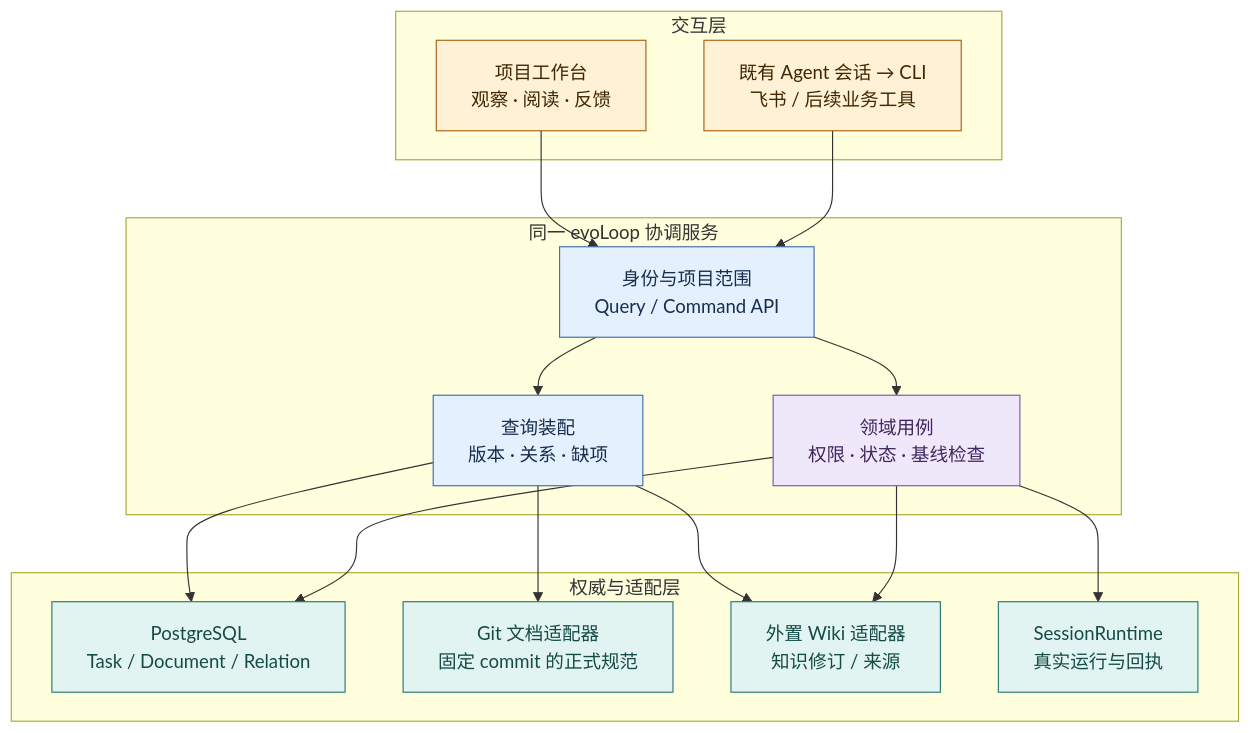
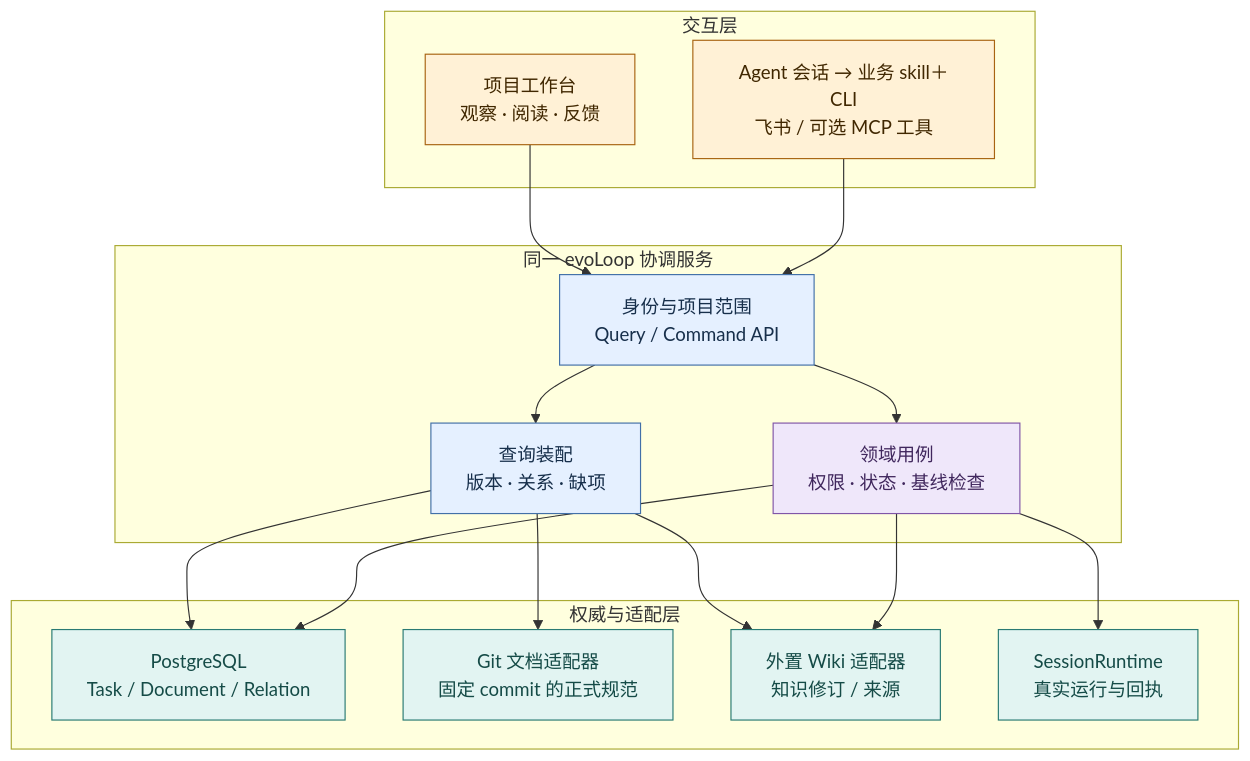
Before and after one commit to cyl19970726/evoLoop: the first of 2 diagrams in docs/architecture/frontend.md, drawn with Mermaid. The commit also changed other lines of this file and 20 other files, not shown here.

Commit message:
docs: align architecture with human workbench and Agent CLI

````diff
--- a/docs/architecture/frontend.md
+++ b/docs/architecture/frontend.md
@@ -15,32 +15,32 @@
 ```mermaid
 flowchart TB
   subgraph entry["交互层"]
     UI["项目工作台<br/>观察 · 阅读 · 反馈"]:::ui
-    Other["既有 Agent 会话 → CLI<br/>飞书 / 后续业务工具"]:::ui
+    Other["Agent 会话 → 业务 skill＋CLI<br/>飞书 / 可选 MCP 工具"]:::ui
   end
   subgraph application["同一 evoLoop 协调服务"]
     API["身份与项目范围<br/>Query / Command API"]:::api
     Q["查询装配<br/>版本 · 关系 · 缺项"]:::api
     C["领域用例<br/>权限 · 状态 · 基线检查"]:::core
   end
   subgraph sources["权威与适配层"]
     PG["PostgreSQL<br/>Task / Document / Relation"]:::data
     Git["Git 文档适配器<br/>固定 commit 的正式规范"]:::data
     Wiki["外置 Wiki 适配器<br/>知识修订 / 来源"]:::data
     Run["SessionRuntime<br/>真实运行与回执"]:::data
   end
   UI --> API
   Other --> API
   API --> Q
   API --> C
   Q --> PG
   Q --> Git
   Q --> Wiki
   C --> PG
   C --> Run
   C --> Wiki
   classDef ui fill:#FFF1D6,stroke:#A86412,color:#402700
   classDef api fill:#E5F0FF,stroke:#4270A8,color:#172F4B
   classDef core fill:#EFE7FA,stroke:#8056A8,color:#40275D
   classDef data fill:#E2F4F2,stroke:#297A73,color:#154B47
 ```
````
